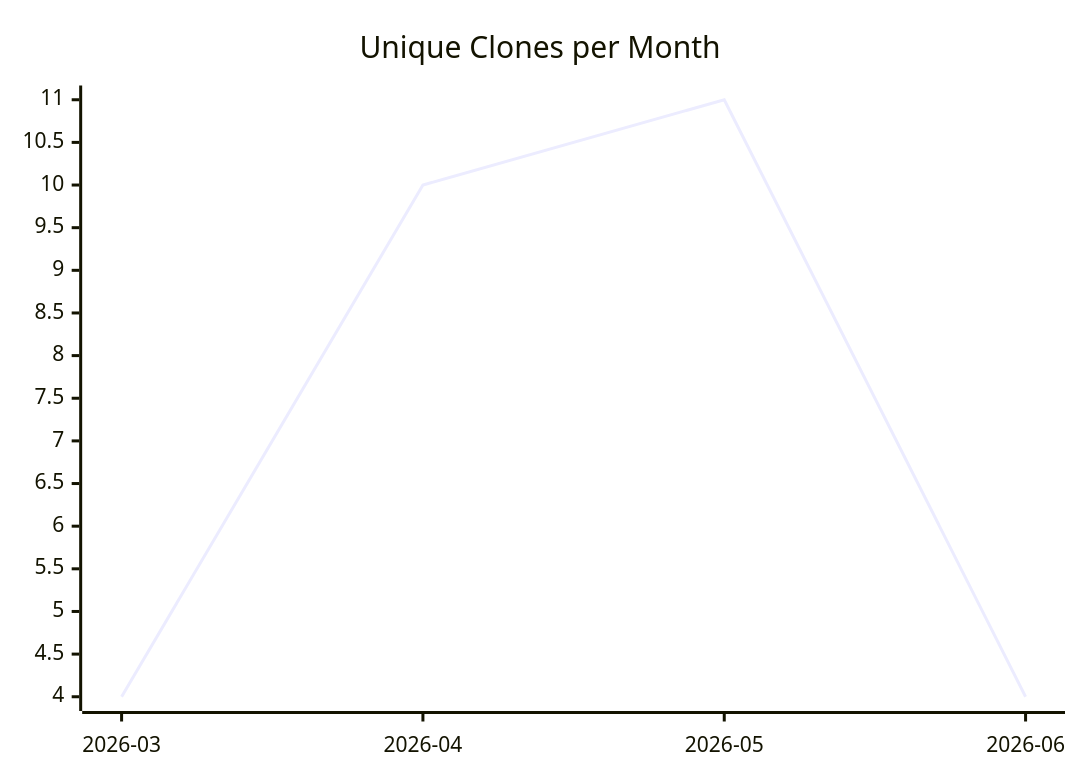
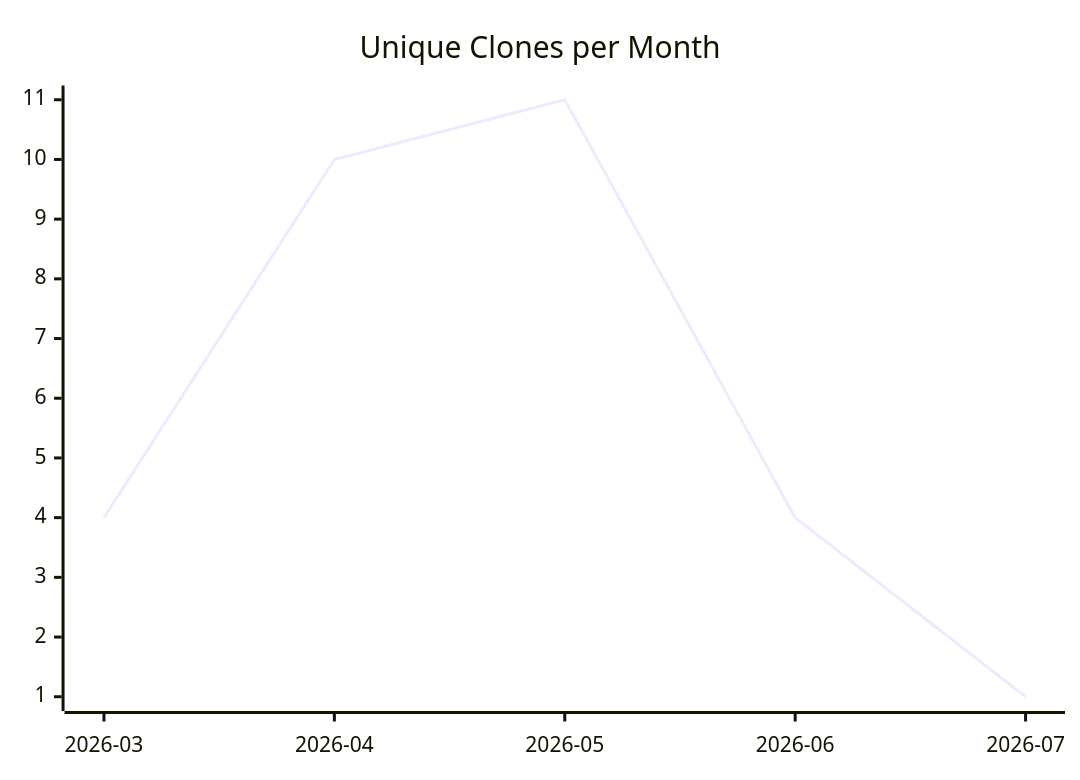
One commit to justdavis-family/github-analytics-data changed the third of 3 diagrams in karlmdavis/workstation-base-ansible-role/README.md. Above: the diagram before and after it, drawn with Mermaid. The commit also changed other lines of this file and 188 other files, not shown here.

````diff
--- a/karlmdavis/workstation-base-ansible-role/README.md
+++ b/karlmdavis/workstation-base-ansible-role/README.md
@@ -19,6 +19,6 @@
 ```mermaid
 xychart-beta
   title "Unique Clones per Month"
-  x-axis ["2026-03", "2026-04", "2026-05", "2026-06"]
-  line [4, 10, 11, 4]
+  x-axis ["2026-03", "2026-04", "2026-05", "2026-06", "2026-07"]
+  line [4, 10, 11, 4, 1]
 ```
````
